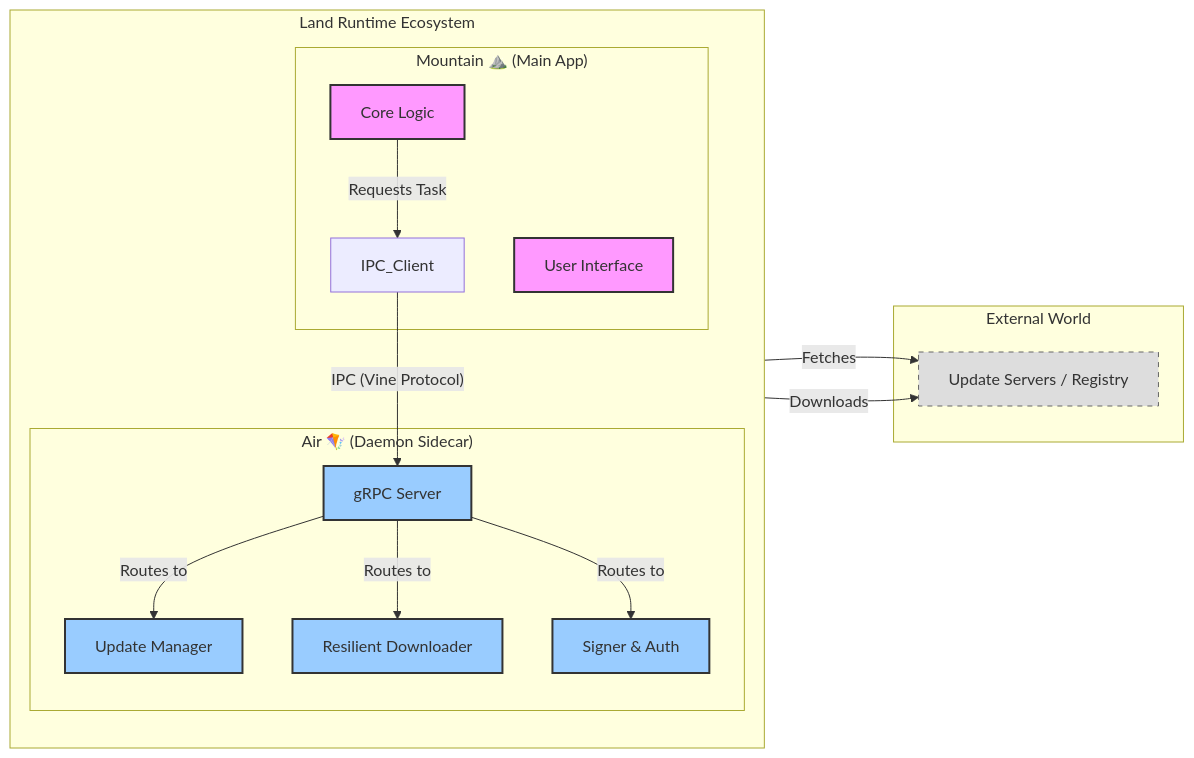
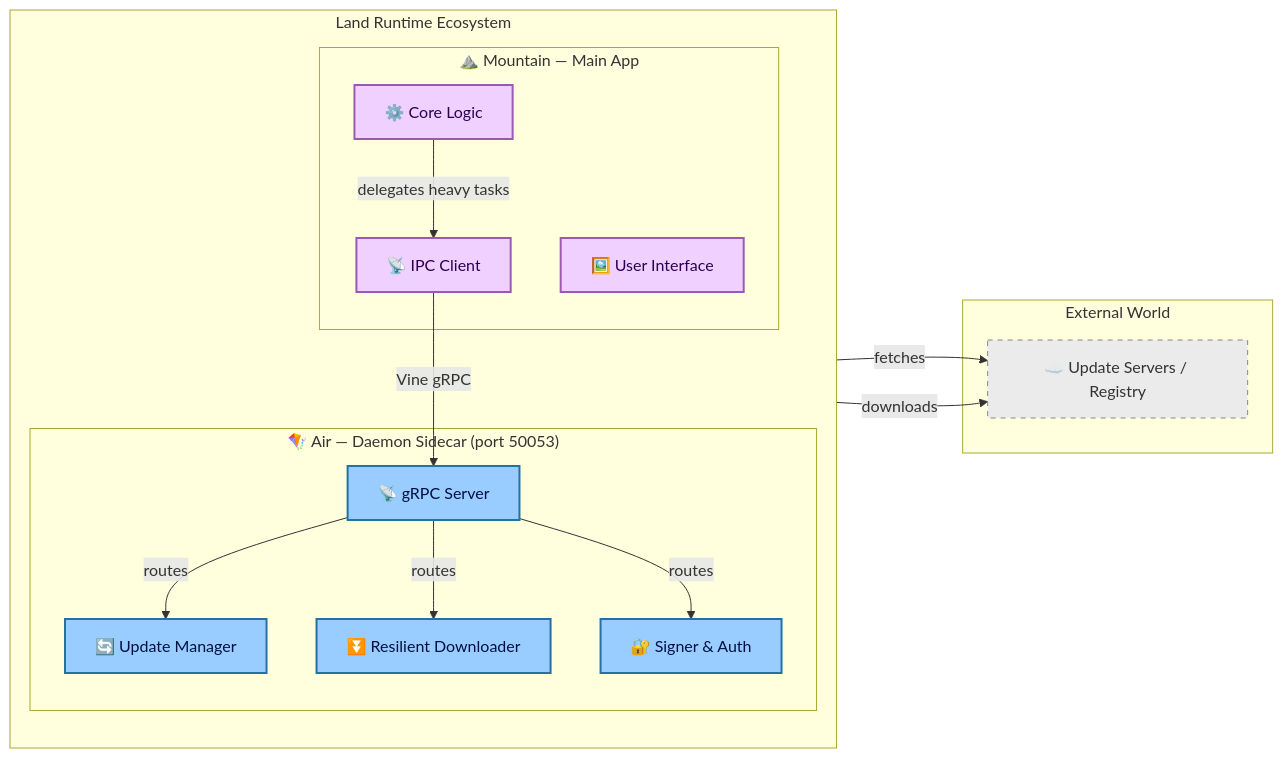
The diagram in README.md (CodeEditorLand/Air), drawn with Mermaid before and after one commit. The commit also changed other lines of this file, not shown here.

Commit message:
docs: backticks on tech names, em quad spacing, fix tagline precision, enrich mermaid, port table

````diff
--- a/README.md
+++ b/README.md
@@ -117,36 +102,37 @@
 ```mermaid
 graph LR
-    classDef mountain fill:#f9f,stroke:#333,stroke-width:2px;
-    classDef Air fill:#9cf,stroke:#333,stroke-width:2px;
-    classDef external fill:#ddd,stroke:#666,stroke-dasharray: 5 5;
+    classDef mountain fill:#f0d0ff,stroke:#9b59b6,stroke-width:2px,color:#2c0050;
+    classDef air      fill:#9cf,stroke:#2471a3,stroke-width:2px,color:#001040;
+    classDef external fill:#ebebeb,stroke:#888,stroke-dasharray:5 5,color:#333;
 
     subgraph "Land Runtime Ecosystem"
         direction TB
 
-        subgraph "Mountain ⛰️ (Main App)"
-            UI[User Interface]:::mountain
-            CoreLogic[Core Logic]:::mountain
-            CoreLogic -- Requests Task --> IPC_Client
+        subgraph "⛰️ Mountain — Main App"
+            UI["🖼️ User Interface"]:::mountain
+            CoreLogic["⚙️ Core Logic"]:::mountain
+            IPC_Client["📡 IPC Client"]:::mountain
+            CoreLogic -- delegates heavy tasks --> IPC_Client
         end
 
-        subgraph "Air 🪁 (Daemon Sidecar)"
-            IPC_Server[gRPC Server]:::Air
-            UpdateMgr[Update Manager]:::Air
-            Downloader[Resilient Downloader]:::Air
-            AuthService[Signer & Auth]:::Air
+        subgraph "🪁 Air — Daemon Sidecar (port 50053)"
+            IPC_Server["📡 gRPC Server"]:::air
+            UpdateMgr["🔄 Update Manager"]:::air
+            Downloader["⏬ Resilient Downloader"]:::air
+            AuthService["🔐 Signer & Auth"]:::air
 
-            IPC_Server -- Routes to --> UpdateMgr
-            IPC_Server -- Routes to --> Downloader
-            IPC_Server -- Routes to --> AuthService
+            IPC_Server -- routes --> UpdateMgr
+            IPC_Server -- routes --> Downloader
+            IPC_Server -- routes --> AuthService
         end
 
-        IPC_Client -- IPC (Vine Protocol) --> IPC_Server
+        IPC_Client -- Vine gRPC --> IPC_Server
     end
 
     subgraph "External World"
-        Cloud[Update Servers / Registry]:::external
+        Cloud["☁️ Update Servers / Registry"]:::external
     end
 
-    UpdateMgr -- Fetches --> Cloud
-    Downloader -- Downloads --> Cloud
+    UpdateMgr -- fetches --> Cloud
+    Downloader -- downloads --> Cloud
 ```
````
